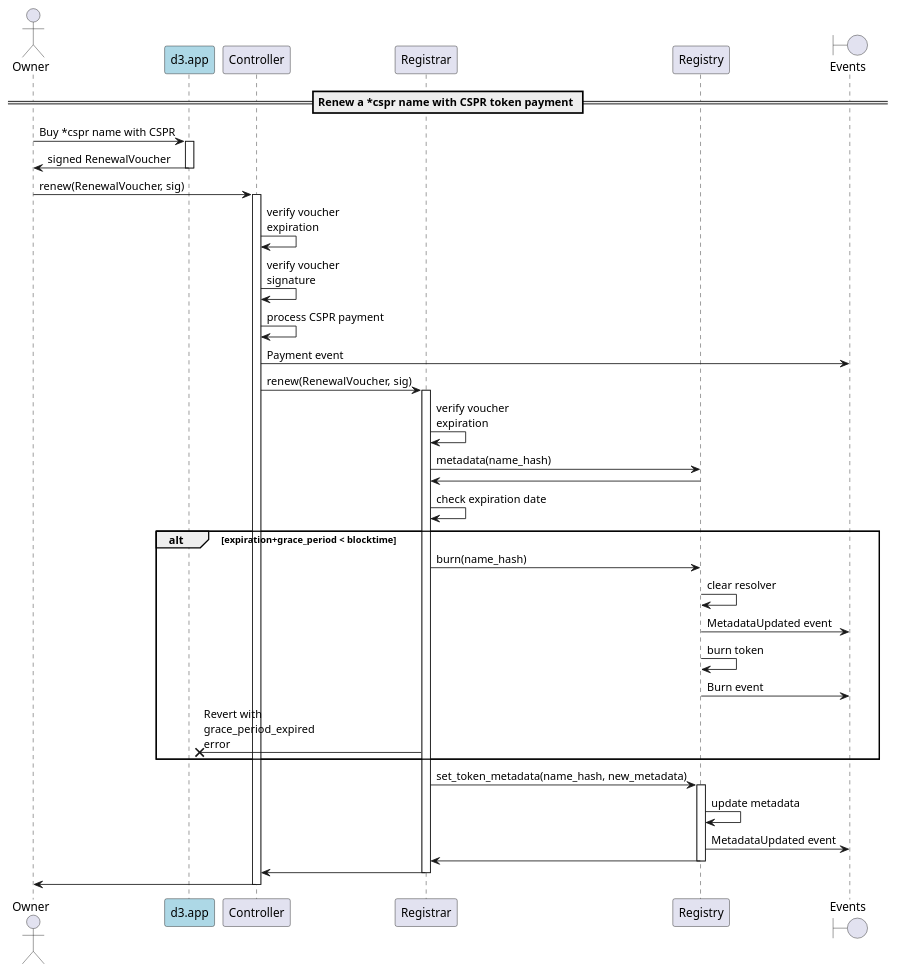
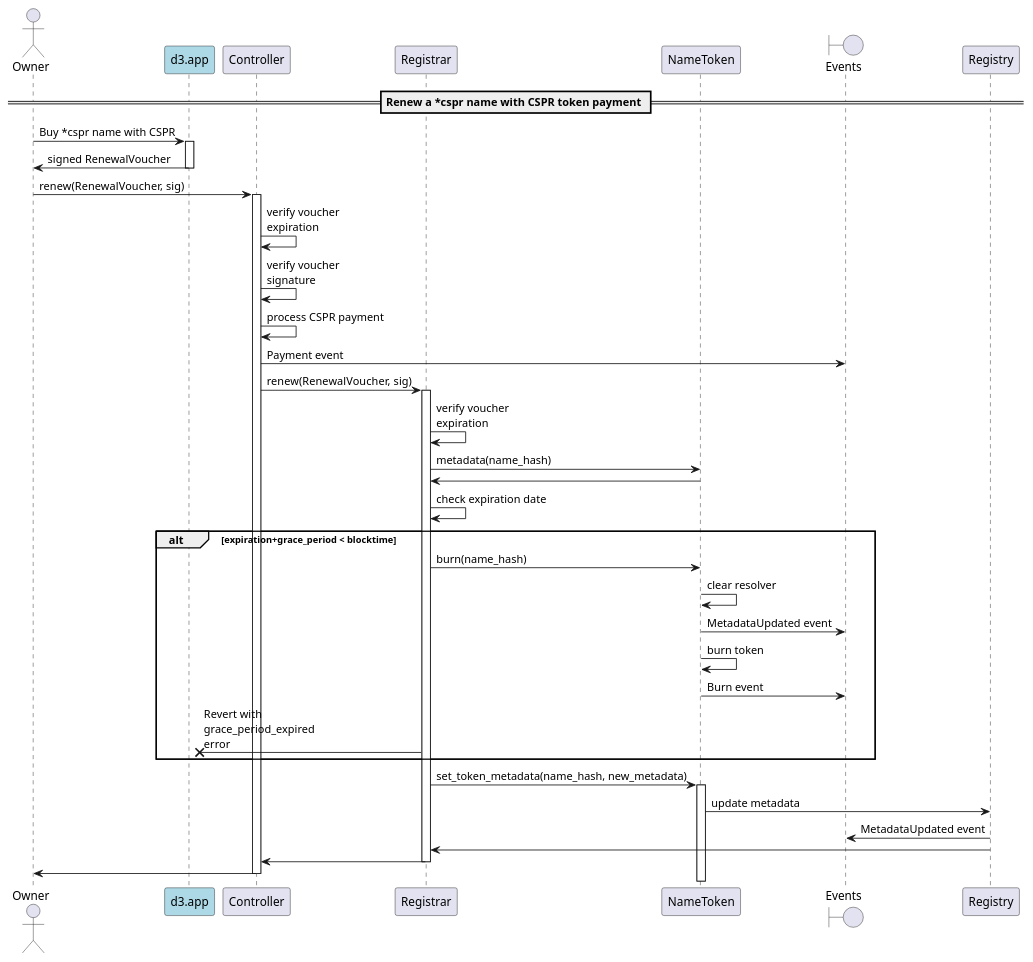
The diagram in docs/sequence-diagrams/puml/onchain-renewal.puml (make-software/cspr-name-contracts), drawn with PlantUML before and after one commit. The commit also changed 13 other files, not shown here.

Commit message:
Renamed Registry contract with NameToken in the sequence diagrams.

```diff
--- a/docs/sequence-diagrams/puml/onchain-renewal.puml
+++ b/docs/sequence-diagrams/puml/onchain-renewal.puml
@@ -1,50 +1,50 @@
 @startuml
 'https://plantuml.com/sequence-diagram
 
 'autonumber
 actor Owner
 participant "d3.app" as d3 #lightblue
 participant "Controller"
 participant "Registrar"
-participant "Registry"
+participant "NameToken"
 boundary "Events"
 
 == Renew a *cspr name with CSPR token payment ==
 
 Owner -> d3: Buy *cspr name with CSPR
 activate d3
 d3 -> Owner: signed RenewalVoucher
 deactivate d3
 
 Owner -> Controller: renew(RenewalVoucher, sig)
 activate Controller
 Controller -> Controller: verify voucher\nexpiration
 Controller -> Controller: verify voucher\nsignature
 Controller -> Controller: process CSPR payment
 Controller -> "Events": Payment event
 Controller -> Registrar: renew(RenewalVoucher, sig)
 activate Registrar
 Registrar -> Registrar: verify voucher\nexpiration
-Registrar -> Registry: metadata(name_hash)
-Registry -> Registrar
+Registrar -> NameToken: metadata(name_hash)
+NameToken -> Registrar
 Registrar -> Registrar: check expiration date
 alt expiration+grace_period < blocktime
-    Registrar -> Registry: burn(name_hash)
-    Registry -> Registry: clear resolver
-    Registry -> "Events": MetadataUpdated event
-    Registry -> Registry: burn token
-    Registry -> "Events": Burn event
+    Registrar -> NameToken: burn(name_hash)
+    NameToken -> NameToken: clear resolver
+    NameToken -> "Events": MetadataUpdated event
+    NameToken -> NameToken: burn token
+    NameToken -> "Events": Burn event
     Registrar ->x d3: Revert with\ngrace_period_expired\nerror
 end
-Registrar -> Registry: set_token_metadata(name_hash, new_metadata)
-activate Registry
-Registry -> Registry: update metadata
+Registrar -> NameToken: set_token_metadata(name_hash, new_metadata)
+activate NameToken
+NameToken -> Registry: update metadata
 Registry -> "Events": MetadataUpdated event
 Registry -> Registrar
 deactivate Registry
 Registrar -> Controller
 deactivate Registrar
 Controller -> Owner
 deactivate Controller
 
 @enduml
```
